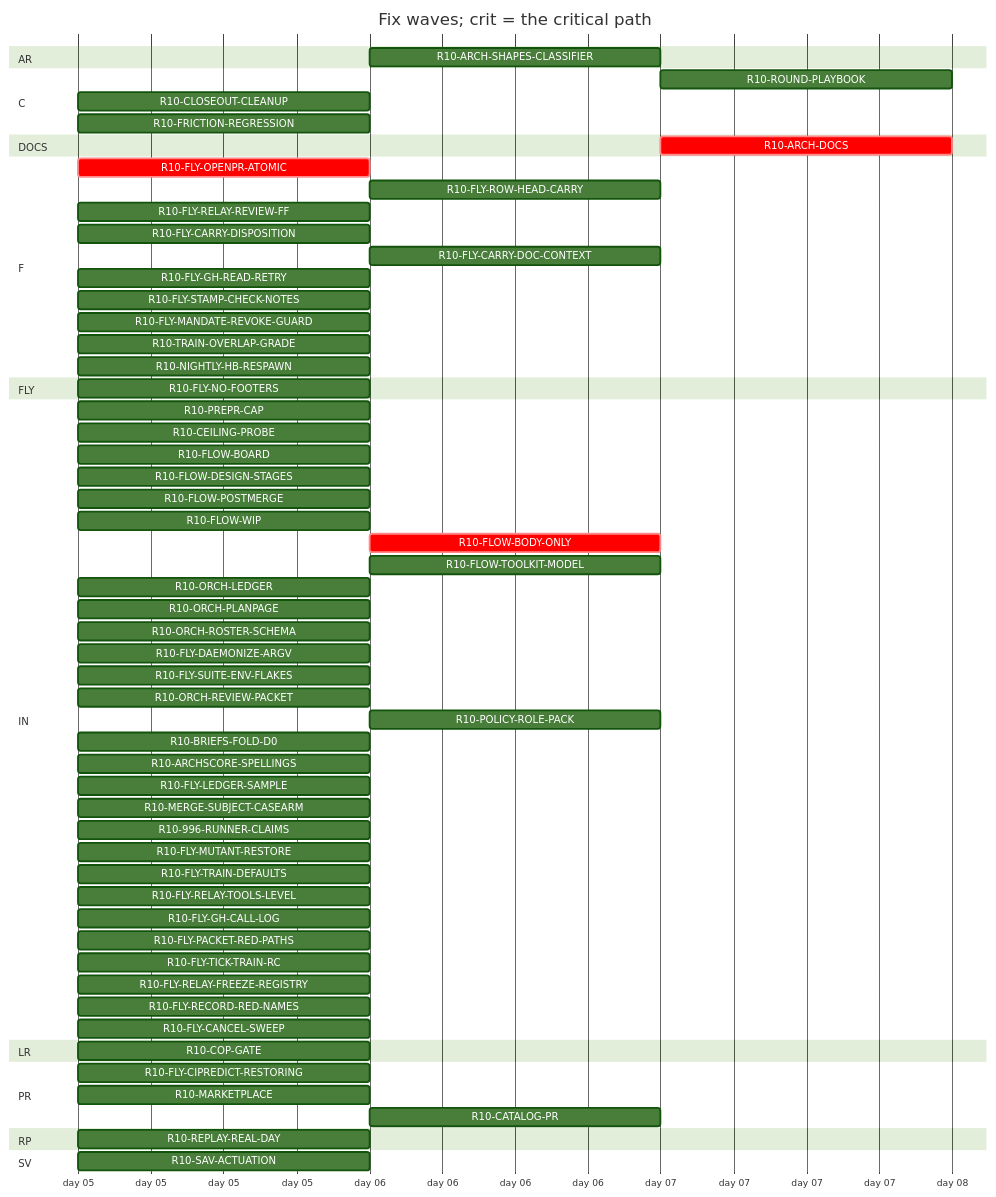
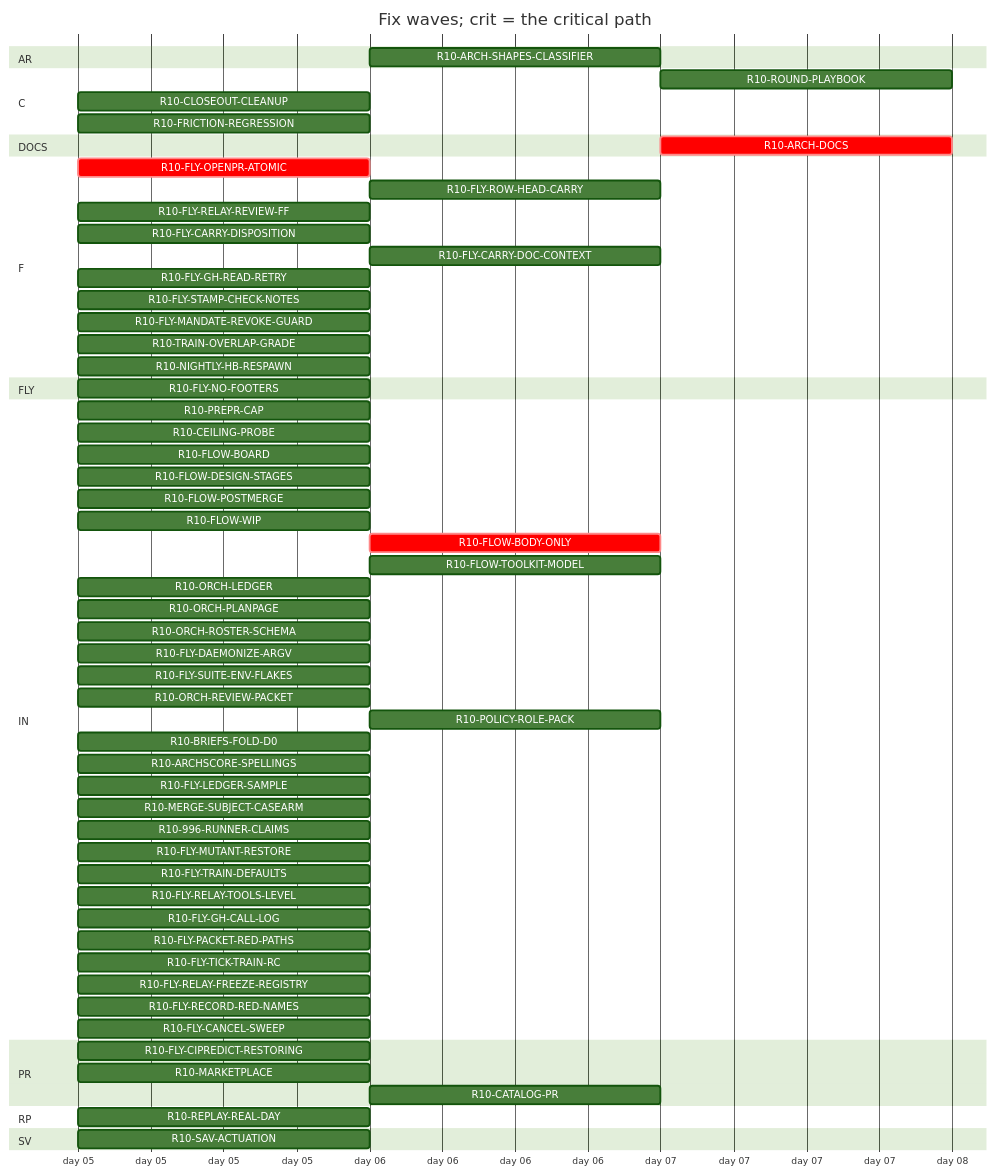
Before and after one commit to tvofi/heatpump_optimizer: the diagram in handoff/round10/state/PLAN-TABLE.md, drawn with Mermaid (forest theme). The commit also changed other lines of this file and 3 other files, not shown here.

Commit message:
state: FLOW-BOARD.md, NEXT-SESSION-PROMPT.md, PLAN-TABLE.md, RESUME-CURRENT.md regenerated (state_docs.py)

````diff
--- a/handoff/round10/state/PLAN-TABLE.md
+++ b/handoff/round10/state/PLAN-TABLE.md
@@ -23,67 +22,65 @@
 ```mermaid
 gantt
   title Fix waves; crit = the critical path
   dateFormat YYYY-MM-DD
   axisFormat day %d
   section AR
     R10-ARCH-SHAPES-CLASSIFIER :r10ARCHSHAPESCLASSIFIER, after r10996RUNNERCLAIMS, 1d
   section C
     R10-ROUND-PLAYBOOK :r10ROUNDPLAYBOOK, after r10ORCHLEDGER r10ORCHPLANPAGE r10FLYRELAYREVIEWFF r10FLOWBODYONLY, 1d
     R10-CLOSEOUT-CLEANUP :r10CLOSEOUTCLEANUP, 2026-01-05, 1d
     R10-FRICTION-REGRESSION :r10FRICTIONREGRESSION, 2026-01-05, 1d
   section DOCS
-    R10-ARCH-DOCS :crit, r10ARCHDOCS, after r10COPGATE r10CEILINGPROBE r10FLOWBOARD r10FLOWDESIGNSTAGES r10FLOWPOSTMERGE r10FLOWWIP r10FLOWBODYONLY r10FLYOPENPRATOMIC r10FLYROWHEADCARRY r10FLYRELAYREVIEWFF r10FLYCARRYDISPOSITION r10FLYCARRYDOCCONTEXT r10FLOWTOOLKITMODEL r10FLYSTAMPCHECKNOTES r10FLYMANDATEREVOKEGUARD r10TRAINOVERLAPGRADE r10NIGHTLYHBRESPAWN r10ORCHLEDGER r10ORCHPLANPAGE r10ORCHROSTERSCHEMA r10FLYDAEMONIZEARGV r10ORCHREVIEWPACKET r10POLICYROLEPACK r10BRIEFSFOLDD0 r10REPLAYREALDAY r10ARCHSCORESPELLINGS r10SAVACTUATION r10FLYLEDGERSAMPLE, 1d
+    R10-ARCH-DOCS :crit, r10ARCHDOCS, after r10CEILINGPROBE r10FLOWBOARD r10FLOWDESIGNSTAGES r10FLOWPOSTMERGE r10FLOWWIP r10FLOWBODYONLY r10FLYOPENPRATOMIC r10FLYROWHEADCARRY r10FLYRELAYREVIEWFF r10FLYCARRYDISPOSITION r10FLYCARRYDOCCONTEXT r10FLOWTOOLKITMODEL r10FLYSTAMPCHECKNOTES r10FLYMANDATEREVOKEGUARD r10TRAINOVERLAPGRADE r10NIGHTLYHBRESPAWN r10ORCHLEDGER r10ORCHPLANPAGE r10ORCHROSTERSCHEMA r10FLYDAEMONIZEARGV r10ORCHREVIEWPACKET r10POLICYROLEPACK r10BRIEFSFOLDD0 r10REPLAYREALDAY r10ARCHSCORESPELLINGS r10SAVACTUATION r10FLYLEDGERSAMPLE, 1d
   section F
     R10-FLY-OPENPR-ATOMIC :crit, r10FLYOPENPRATOMIC, 2026-01-05, 1d
     R10-FLY-ROW-HEAD-CARRY :r10FLYROWHEADCARRY, after r10FLYOPENPRATOMIC, 1d
     R10-FLY-RELAY-REVIEW-FF :r10FLYRELAYREVIEWFF, 2026-01-05, 1d
     R10-FLY-CARRY-DISPOSITION :r10FLYCARRYDISPOSITION, 2026-01-05, 1d
     R10-FLY-CARRY-DOC-CONTEXT :r10FLYCARRYDOCCONTEXT, after r10FLYGHREADRETRY, 1d
     R10-FLY-GH-READ-RETRY :r10FLYGHREADRETRY, 2026-01-05, 1d
     R10-FLY-STAMP-CHECK-NOTES :r10FLYSTAMPCHECKNOTES, 2026-01-05, 1d
     R10-FLY-MANDATE-REVOKE-GUARD :r10FLYMANDATEREVOKEGUARD, 2026-01-05, 1d
     R10-TRAIN-OVERLAP-GRADE :r10TRAINOVERLAPGRADE, 2026-01-05, 1d
     R10-NIGHTLY-HB-RESPAWN :r10NIGHTLYHBRESPAWN, 2026-01-05, 1d
   section FLY
     R10-FLY-NO-FOOTERS :r10FLYNOFOOTERS, 2026-01-05, 1d
   section IN
     R10-PREPR-CAP :r10PREPRCAP, 2026-01-05, 1d
     R10-CEILING-PROBE :r10CEILINGPROBE, 2026-01-05, 1d
     R10-FLOW-BOARD :r10FLOWBOARD, 2026-01-05, 1d
     R10-FLOW-DESIGN-STAGES :r10FLOWDESIGNSTAGES, 2026-01-05, 1d
     R10-FLOW-POSTMERGE :r10FLOWPOSTMERGE, 2026-01-05, 1d
     R10-FLOW-WIP :r10FLOWWIP, 2026-01-05, 1d
     R10-FLOW-BODY-ONLY :crit, r10FLOWBODYONLY, after r10FLYOPENPRATOMIC, 1d
     R10-FLOW-TOOLKIT-MODEL :r10FLOWTOOLKITMODEL, after r10ORCHPLANPAGE, 1d
     R10-ORCH-LEDGER :r10ORCHLEDGER, 2026-01-05, 1d
     R10-ORCH-PLANPAGE :r10ORCHPLANPAGE, 2026-01-05, 1d
     R10-ORCH-ROSTER-SCHEMA :r10ORCHROSTERSCHEMA, 2026-01-05, 1d
     R10-FLY-DAEMONIZE-ARGV :r10FLYDAEMONIZEARGV, 2026-01-05, 1d
     R10-FLY-SUITE-ENV-FLAKES :r10FLYSUITEENVFLAKES, 2026-01-05, 1d
     R10-ORCH-REVIEW-PACKET :r10ORCHREVIEWPACKET, 2026-01-05, 1d
     R10-POLICY-ROLE-PACK :r10POLICYROLEPACK, after r10FLOWDESIGNSTAGES, 1d
     R10-BRIEFS-FOLD-D0 :r10BRIEFSFOLDD0, 2026-01-05, 1d
     R10-ARCHSCORE-SPELLINGS :r10ARCHSCORESPELLINGS, 2026-01-05, 1d
     R10-FLY-LEDGER-SAMPLE :r10FLYLEDGERSAMPLE, 2026-01-05, 1d
     R10-MERGE-SUBJECT-CASEARM :r10MERGESUBJECTCASEARM, 2026-01-05, 1d
     R10-996-RUNNER-CLAIMS :r10996RUNNERCLAIMS, 2026-01-05, 1d
     R10-FLY-MUTANT-RESTORE :r10FLYMUTANTRESTORE, 2026-01-05, 1d
     R10-FLY-TRAIN-DEFAULTS :r10FLYTRAINDEFAULTS, 2026-01-05, 1d
     R10-FLY-RELAY-TOOLS-LEVEL :r10FLYRELAYTOOLSLEVEL, 2026-01-05, 1d
     R10-FLY-GH-CALL-LOG :r10FLYGHCALLLOG, 2026-01-05, 1d
     R10-FLY-PACKET-RED-PATHS :r10FLYPACKETREDPATHS, 2026-01-05, 1d
     R10-FLY-TICK-TRAIN-RC :r10FLYTICKTRAINRC, 2026-01-05, 1d
     R10-FLY-RELAY-FREEZE-REGISTRY :r10FLYRELAYFREEZEREGISTRY, 2026-01-05, 1d
     R10-FLY-RECORD-RED-NAMES :r10FLYRECORDREDNAMES, 2026-01-05, 1d
     R10-FLY-CANCEL-SWEEP :r10FLYCANCELSWEEP, 2026-01-05, 1d
-  section LR
-    R10-COP-GATE :r10COPGATE, 2026-01-05, 1d
   section PR
     R10-FLY-CIPREDICT-RESTORING :r10FLYCIPREDICTRESTORING, 2026-01-05, 1d
     R10-MARKETPLACE :r10MARKETPLACE, 2026-01-05, 1d
     R10-CATALOG-PR :r10CATALOGPR, after r10MARKETPLACE, 1d
   section RP
     R10-REPLAY-REAL-DAY :r10REPLAYREALDAY, 2026-01-05, 1d
   section SV
     R10-SAV-ACTUATION :r10SAVACTUATION, 2026-01-05, 1d
 ```
````
